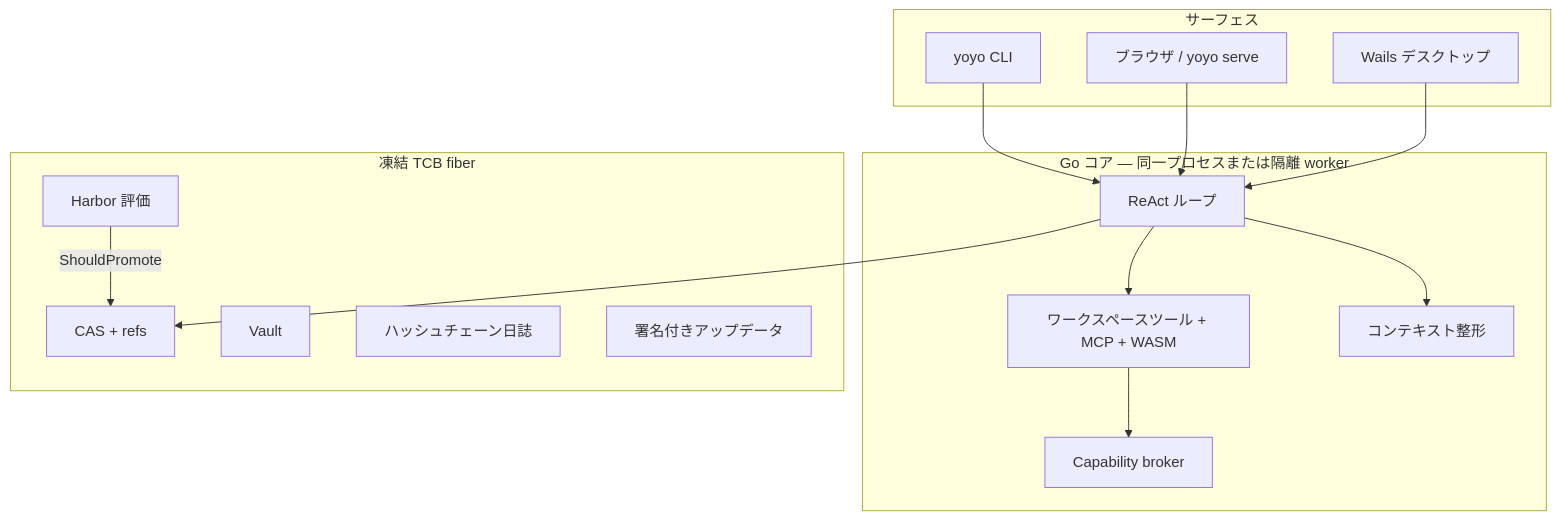
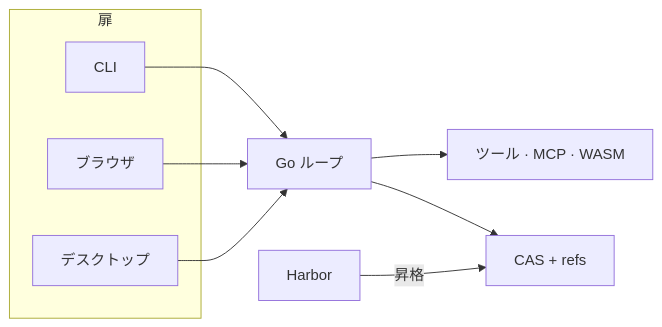
Before and after one commit to Shenchangxin/yoyo: the diagram in README.ja.md, drawn with Mermaid. The commit also changed other lines of this file and 6 other files, not shown here.

````diff
--- a/README.ja.md
+++ b/README.ja.md
@@ -45,32 +172,18 @@
 ```mermaid
-flowchart TB
-  subgraph surfaces [サーフェス]
-    CLI[yoyo CLI]
-    HTTP[ブラウザ / yoyo serve]
-    GUI[Wails デスクトップ]
+flowchart LR
+  subgraph doors [扉]
+    CLI[CLI]
+    HTTP[ブラウザ]
+    GUI[デスクトップ]
   end
-
-  subgraph core [Go コア — 同一プロセスまたは隔離 worker]
-    Loop[ReAct ループ]
-    Tools[ワークスペースツール + MCP + WASM]
-    Caps[Capability broker]
-    Shape[コンテキスト整形]
-  end
-
-  subgraph tcb [凍結 TCB fiber]
-    CAS[CAS + refs]
-    Harbor[Harbor 評価]
-    Vault[Vault]
-    Journal[ハッシュチェーン日誌]
-    Updater[署名付きアップデータ]
-  end
-
+  Loop[Go ループ]
+  Tools[ツール · MCP · WASM]
+  CAS[CAS + refs]
+  Harbor[Harbor]
   CLI --> Loop
   HTTP --> Loop
   GUI --> Loop
-  Loop --> Shape
   Loop --> Tools
-  Tools --> Caps
   Loop --> CAS
-  Harbor -->|"ShouldPromote"| CAS
+  Harbor -->|昇格| CAS
 ```
````
